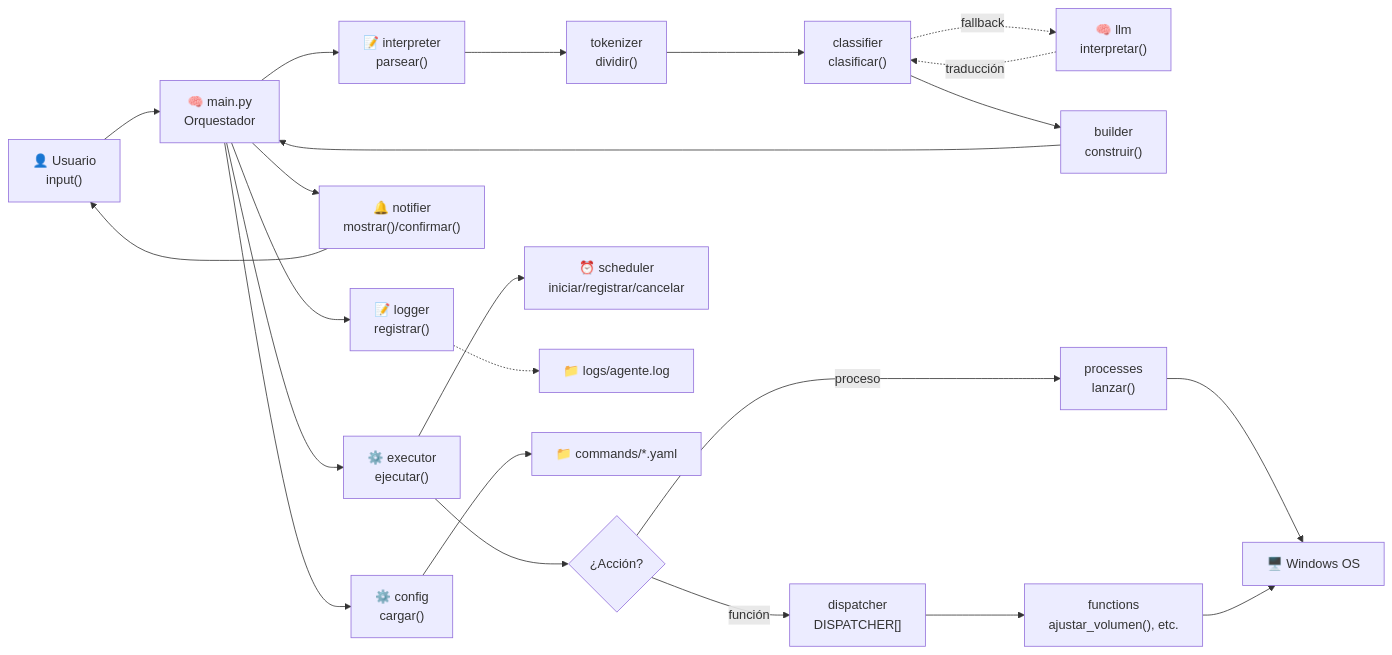
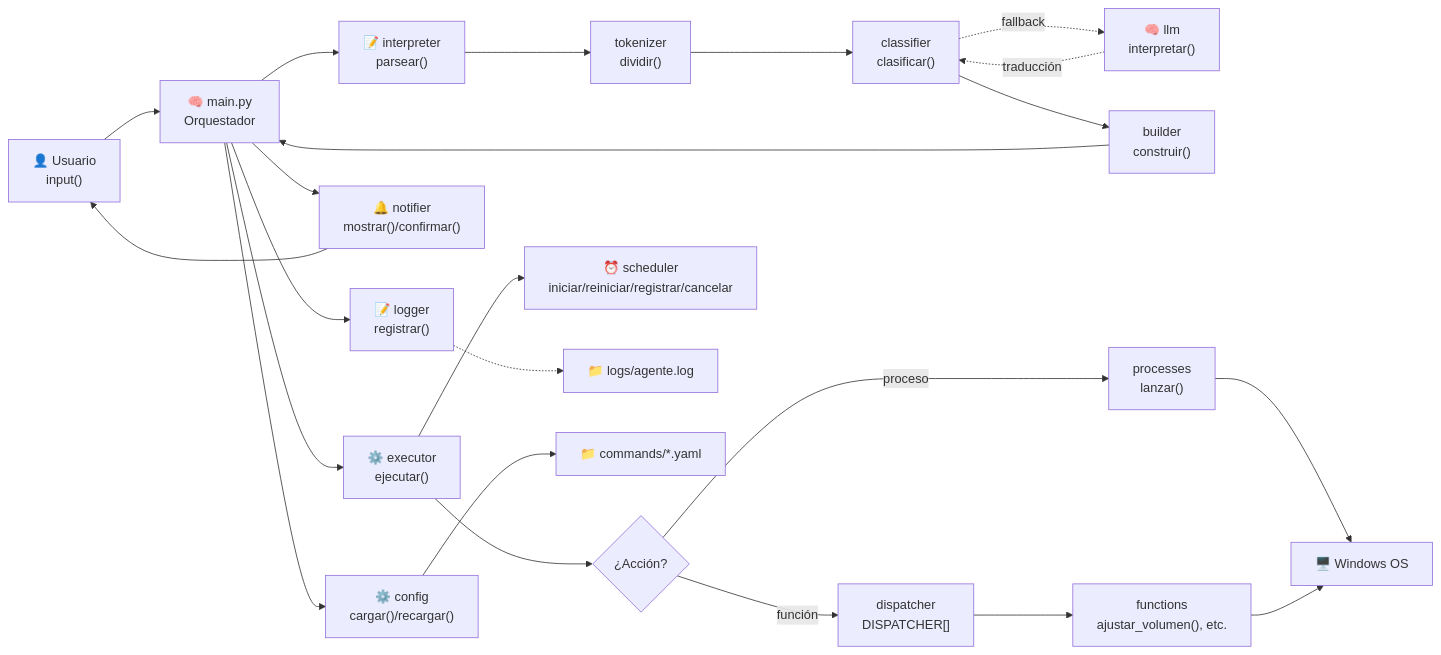
Before and after one commit to AlejandroGuevara-hub/Own_Agent: the first of 3 diagrams in spec/architecture.md, drawn with Mermaid. The commit also changed other lines of this file and 8 other files, not shown here.

````diff
--- a/spec/architecture.md
+++ b/spec/architecture.md
@@ -5,25 +5,25 @@
 ```mermaid
 flowchart LR
     A["👤 Usuario<br/>input()"] --> B["🧠 main.py<br/>Orquestador"]
     B --> C["📝 interpreter<br/>parsear()"]
     C --> C1["tokenizer<br/>dividir()"]
     C1 --> C2["classifier<br/>clasificar()"]
     C2 -.->|"fallback"| LLM["🧠 llm<br/>interpretar()"]
     LLM -.->|"traducción"| C2
     C2 --> C3["builder<br/>construir()"]
     C3 --> B
     B --> D["⚙️ executor<br/>ejecutar()"]
     D --> D1{"¿Acción?"}
     D1 -->|"proceso"| D2["processes<br/>lanzar()"]
     D1 -->|"función"| D3["dispatcher<br/>DISPATCHER[]"]
     D3 --> D4["functions<br/>ajustar_volumen(), etc."]
     D2 --> OS["🖥️ Windows OS"]
     D4 --> OS
-    D --> E["⏰ scheduler<br/>iniciar/registrar/cancelar"]
+    D --> E["⏰ scheduler<br/>iniciar/reiniciar/registrar/cancelar"]
     B --> F["🔔 notifier<br/>mostrar()/confirmar()"]
     F --> A
     B --> L["📝 logger<br/>registrar()"]
     L -.-> LOG["📁 logs/agente.log"]
-    B --> G["⚙️ config<br/>cargar()"]
+    B --> G["⚙️ config<br/>cargar()/recargar()"]
     G --> H["📁 commands/*.yaml"]
 ```
````
